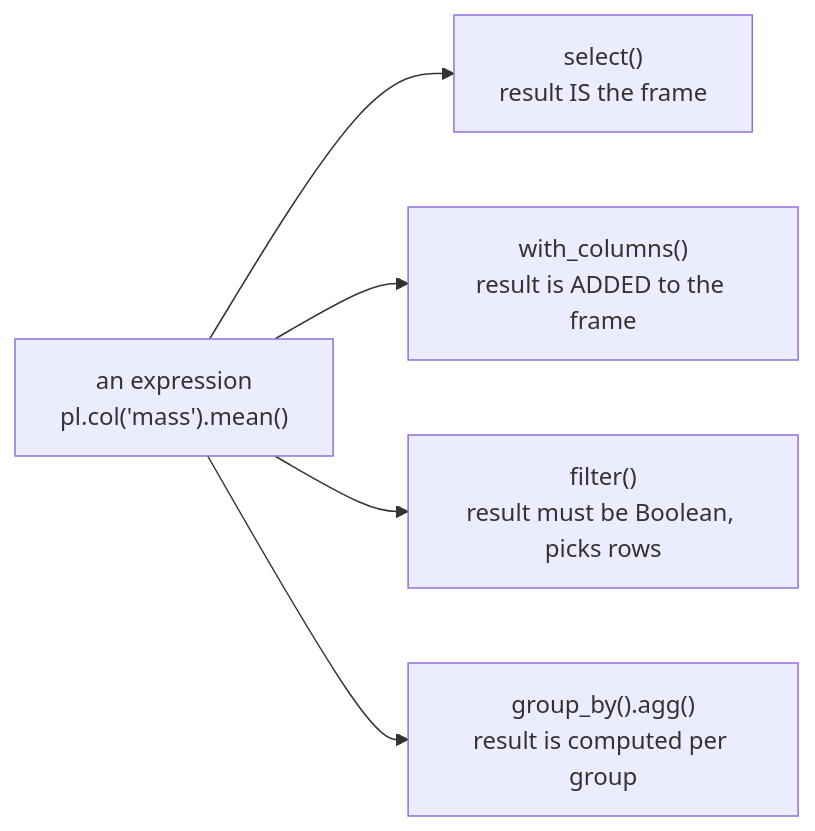
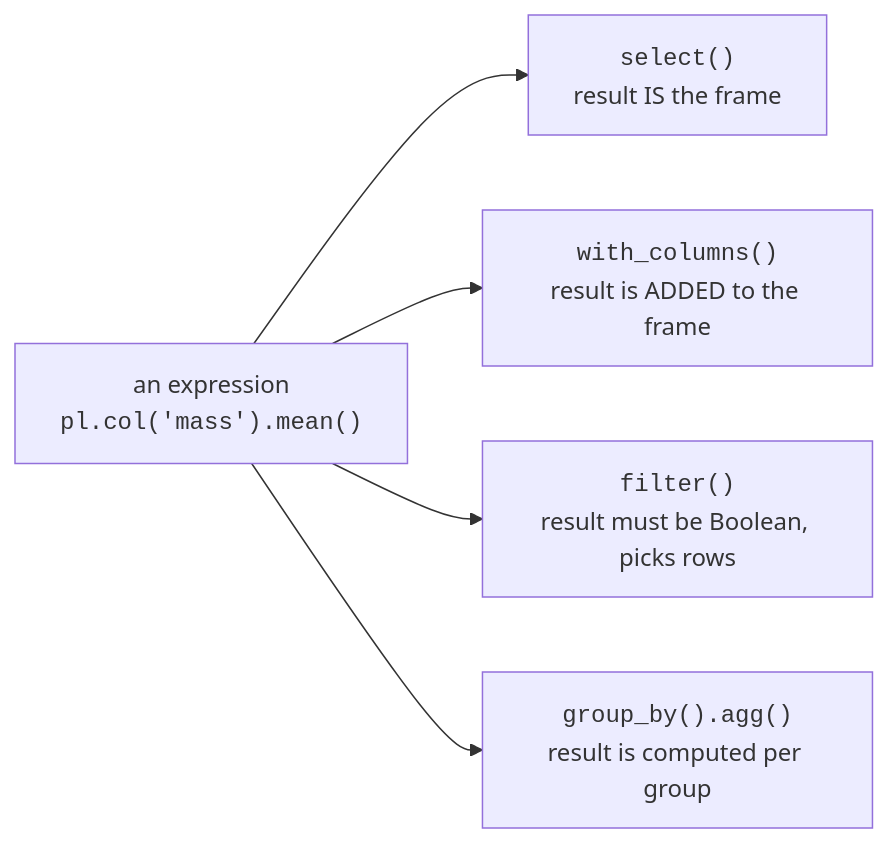
Before and after one commit to dataslope/dataslope: the diagram in content/courses/data-wrangling-python-polars/the-four-contexts.mdx, drawn with Mermaid. The commit also changed 65 other files, not shown here.

First line of the commit message:
Set code in every mermaid label in the mono face

````diff
--- a/content/courses/data-wrangling-python-polars/the-four-contexts.mdx
+++ b/content/courses/data-wrangling-python-polars/the-four-contexts.mdx
@@ -16,7 +16,7 @@
 ```mermaid
 flowchart LR
-    E["an expression<br/>pl.col('mass').mean()"] --> S["select()<br/>result IS the frame"]
-    E --> W["with_columns()<br/>result is ADDED to the frame"]
-    E --> F["filter()<br/>result must be Boolean, picks rows"]
-    E --> G["group_by().agg()<br/>result is computed per group"]
+    E["an expression<br/><code>pl.col('mass').mean()</code>"] --> S["<code>select()</code><br/>result IS the frame"]
+    E --> W["<code>with_columns()</code><br/>result is ADDED to the frame"]
+    E --> F["<code>filter()</code><br/>result must be Boolean, picks rows"]
+    E --> G["<code>group_by().agg()</code><br/>result is computed per group"]
 ```
````
